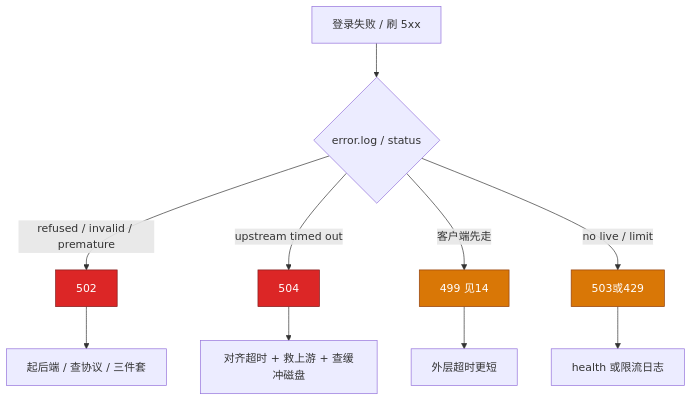
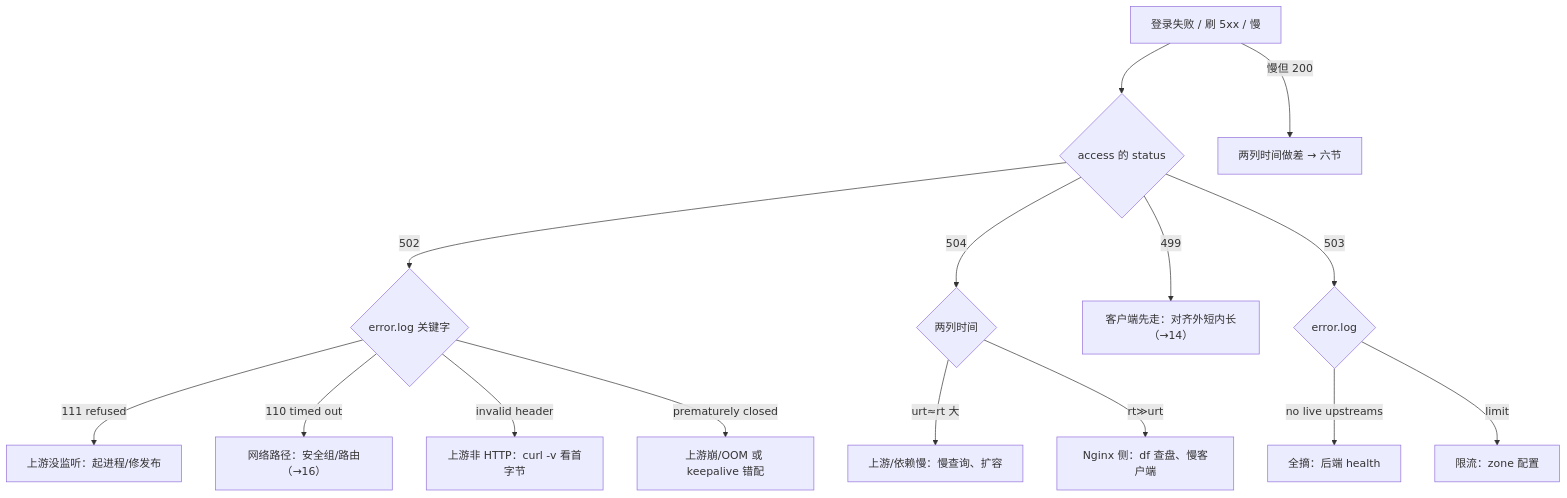
Before and after one commit to ml-cuizijun/LearnToLilith: the fifth of 5 diagrams in 01-基础底座/19-Nginx/知识点.md, drawn with Mermaid. The commit also changed other lines of this file and 470 other files, not shown here.

````diff
--- a/01-基础底座/19-Nginx/知识点.md
+++ b/01-基础底座/19-Nginx/知识点.md
@@ -526,18 +426,17 @@
 ```mermaid
 flowchart TB
-    A[登录失败 / 刷 5xx] --> B{error.log / status}
-    B -->|refused / invalid / premature| C[502]
-    B -->|upstream timed out| D[504]
-    B -->|客户端先走| E[499 见14]
-    B -->|no live / limit| F[503或429]
-
-    C --> C1[起后端 / 查协议 / 三件套]
-    D --> D1[对齐超时 + 救上游 + 查缓冲磁盘]
-    E --> E1[外层超时更短]
-    F --> F1[health 或限流日志]
-
-    classDef bad fill:#DC2626,stroke:#7F1D1D,color:#fff
-    classDef warn fill:#D97706,stroke:#92400E,color:#fff
-    class C,D bad
-    class E,F warn
+    A["登录失败 / 刷 5xx / 慢"] --> B{"access 的 status"}
+    B -->|502| C{"error.log 关键字"}
+    C -->|111 refused| C1["上游没监听：起进程/修发布"]
+    C -->|110 timed out| C2["网络路径：安全组/路由（→16）"]
+    C -->|invalid header| C3["上游非 HTTP：curl -v 看首字节"]
+    C -->|prematurely closed| C4["上游崩/OOM 或 keepalive 错配"]
+    B -->|504| D{"两列时间"}
+    D -->|urt≈rt 大| D1["上游/依赖慢：慢查询、扩容"]
+    D -->|rt≫urt| D2["Nginx 侧：df 查盘、慢客户端"]
+    B -->|499| E["客户端先走：对齐外短内长（→14）"]
+    B -->|503| F{"error.log"}
+    F -->|no live upstreams| F1["全摘：后端 health"]
+    F -->|limit| F2["限流：zone 配置"]
+    A -->|"慢但 200"| G["两列时间做差 → 六节"]
 ```
````
